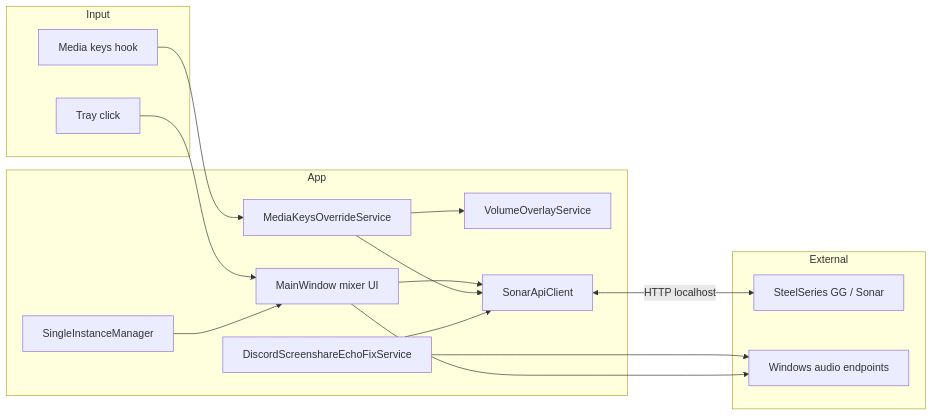
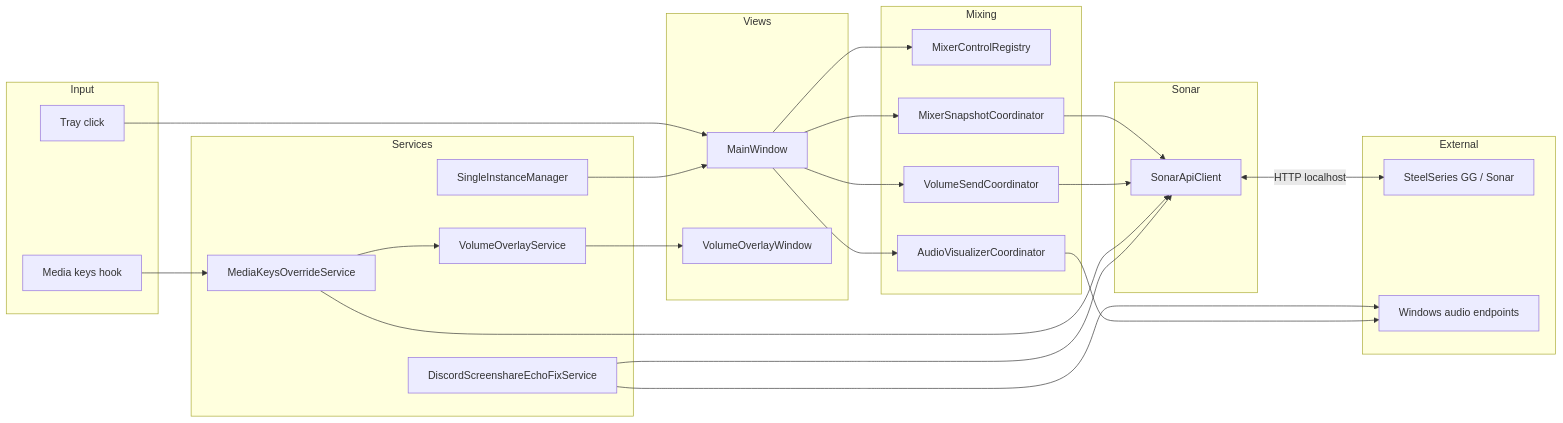
Before and after one commit to Lixetron/steelseries-sonar-tray: the diagram in docs/architecture.md, drawn with Mermaid. The commit also changed other lines of this file and 30 other files, not shown here.

````diff
--- a/docs/architecture.md
+++ b/docs/architecture.md
@@ -9,32 +9,52 @@
 ```mermaid
 flowchart LR
   subgraph Input
     Tray[Tray click]
     Keys[Media keys hook]
   end
 
-  subgraph App
-    MW[MainWindow mixer UI]
+  subgraph Views
+    MW[MainWindow]
+    VO[VolumeOverlayWindow]
+  end
+
+  subgraph Mixing
+    REG[MixerControlRegistry]
+    SYNC[MixerSnapshotCoordinator]
+    VOL[VolumeSendCoordinator]
+    VIS[AudioVisualizerCoordinator]
+  end
+
+  subgraph Services
     MKO[MediaKeysOverrideService]
-    VO[VolumeOverlayService]
+    VOS[VolumeOverlayService]
     DEF[DiscordScreenshareEchoFixService]
     SI[SingleInstanceManager]
+  end
+
+  subgraph Sonar
     API[SonarApiClient]
   end
 
   subgraph External
     GG[SteelSeries GG / Sonar]
     WASAPI[Windows audio endpoints]
   end
 
   Tray --> MW
-  MW --> API
+  MW --> REG
+  MW --> SYNC
+  MW --> VOL
+  MW --> VIS
+  SYNC --> API
+  VOL --> API
   Keys --> MKO
   MKO --> API
-  MKO --> VO
+  MKO --> VOS
+  VOS --> VO
   DEF --> API
   DEF --> WASAPI
   SI --> MW
   API <-->|HTTP localhost| GG
-  MW --> WASAPI
+  VIS --> WASAPI
 ```
````
